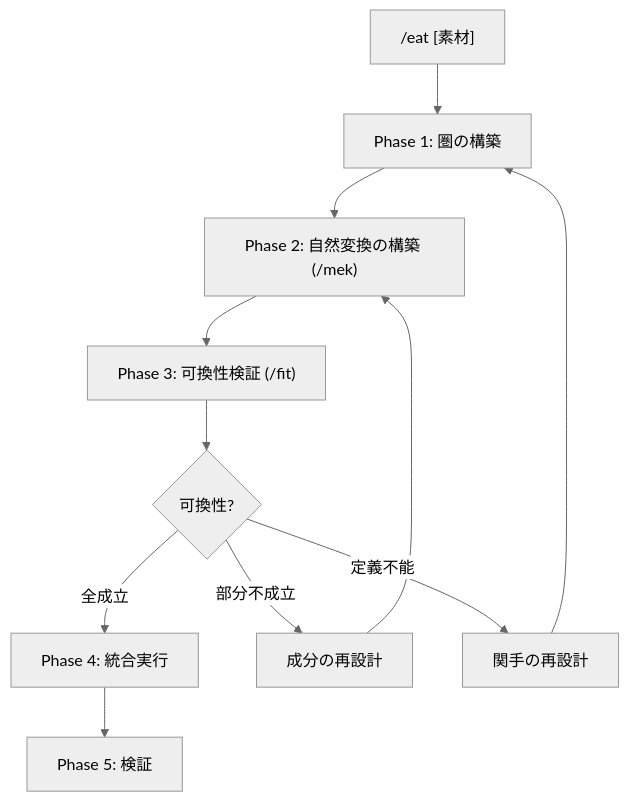
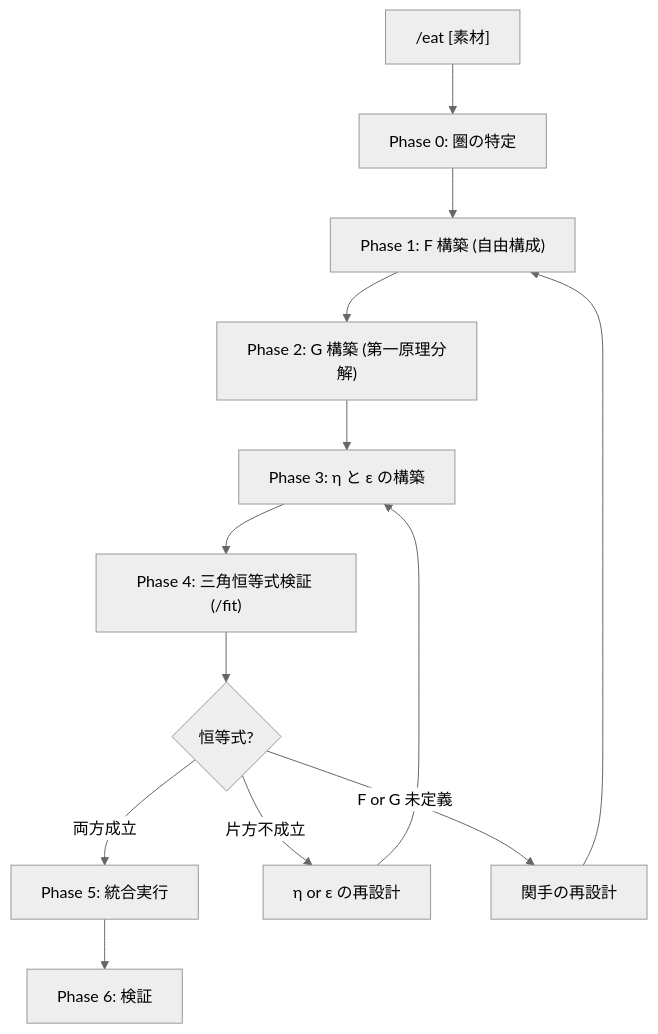
One commit to laihuip001/hegemonikon changed the diagram in .agent/workflows/eat.md. Above: the diagram before and after it, drawn with Mermaid (neutral theme). The commit also changed other lines of this file and 1 other file, not shown here.

````diff
--- a/.agent/workflows/eat.md
+++ b/.agent/workflows/eat.md
@@ -96,13 +135,15 @@
 ```mermaid
 graph TD
-    A["/eat [素材]"] --> B["Phase 1: 圏の構築"]
-    B --> C["Phase 2: 自然変換の構築 (/mek)"]
-    C --> D["Phase 3: 可換性検証 (/fit)"]
-    D --> E{可換性?}
-    E -->|全成立| F["Phase 4: 統合実行"]
-    E -->|部分不成立| G["成分の再設計"]
-    G --> C
-    E -->|定義不能| H["関手の再設計"]
-    H --> B
-    F --> I["Phase 5: 検証"]
+    A["/eat [素材]"] --> B["Phase 0: 圏の特定"]
+    B --> C["Phase 1: F 構築 (自由構成)"]
+    C --> D["Phase 2: G 構築 (第一原理分解)"]
+    D --> E["Phase 3: η と ε の構築"]
+    E --> F["Phase 4: 三角恒等式検証 (/fit)"]
+    F --> G{恒等式?}
+    G -->|両方成立| H["Phase 5: 統合実行"]
+    G -->|片方不成立| I["η or ε の再設計"]
+    I --> E
+    G -->|F or G 未定義| J["関手の再設計"]
+    J --> C
+    H --> K["Phase 6: 検証"]
 ```
````
